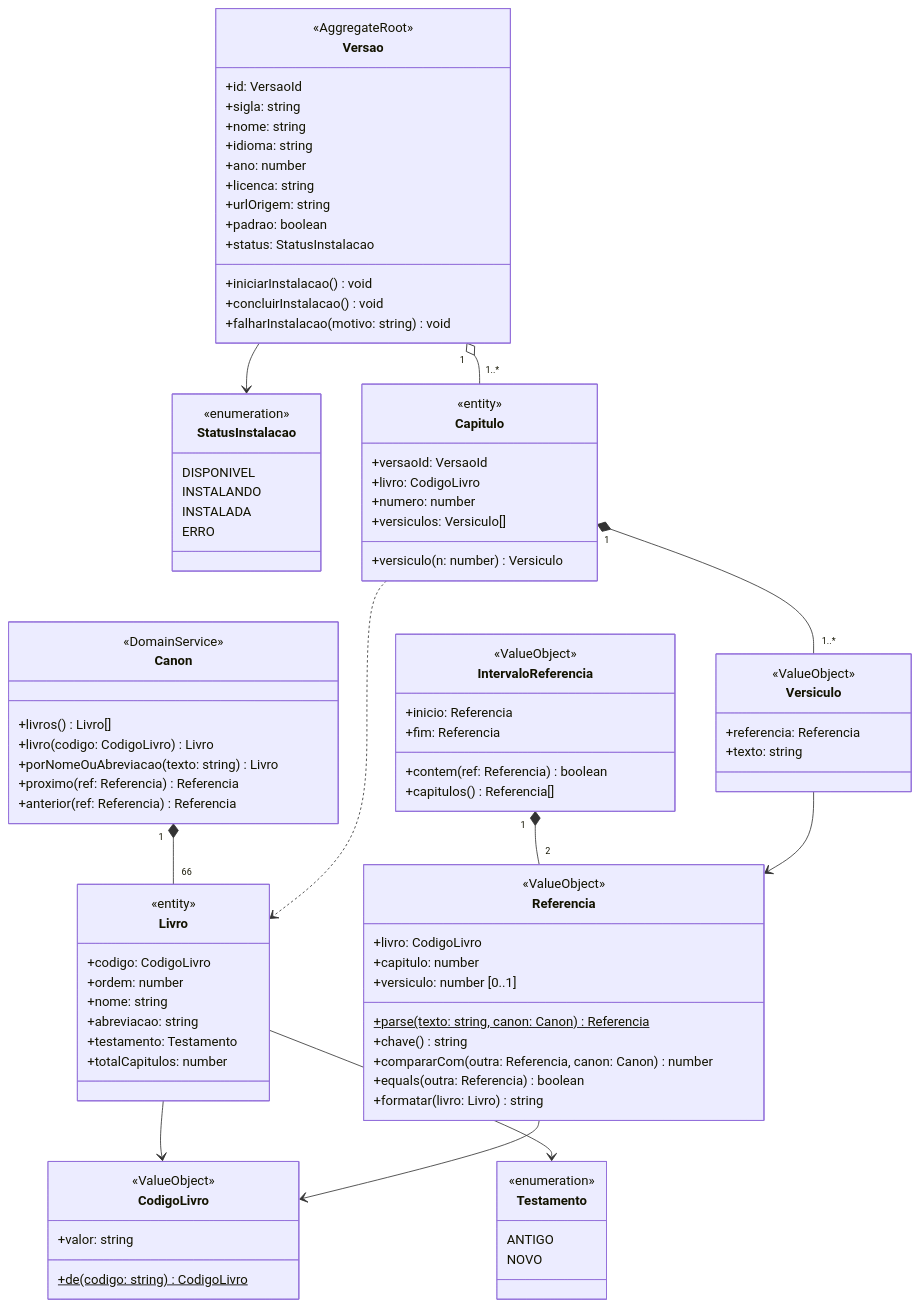
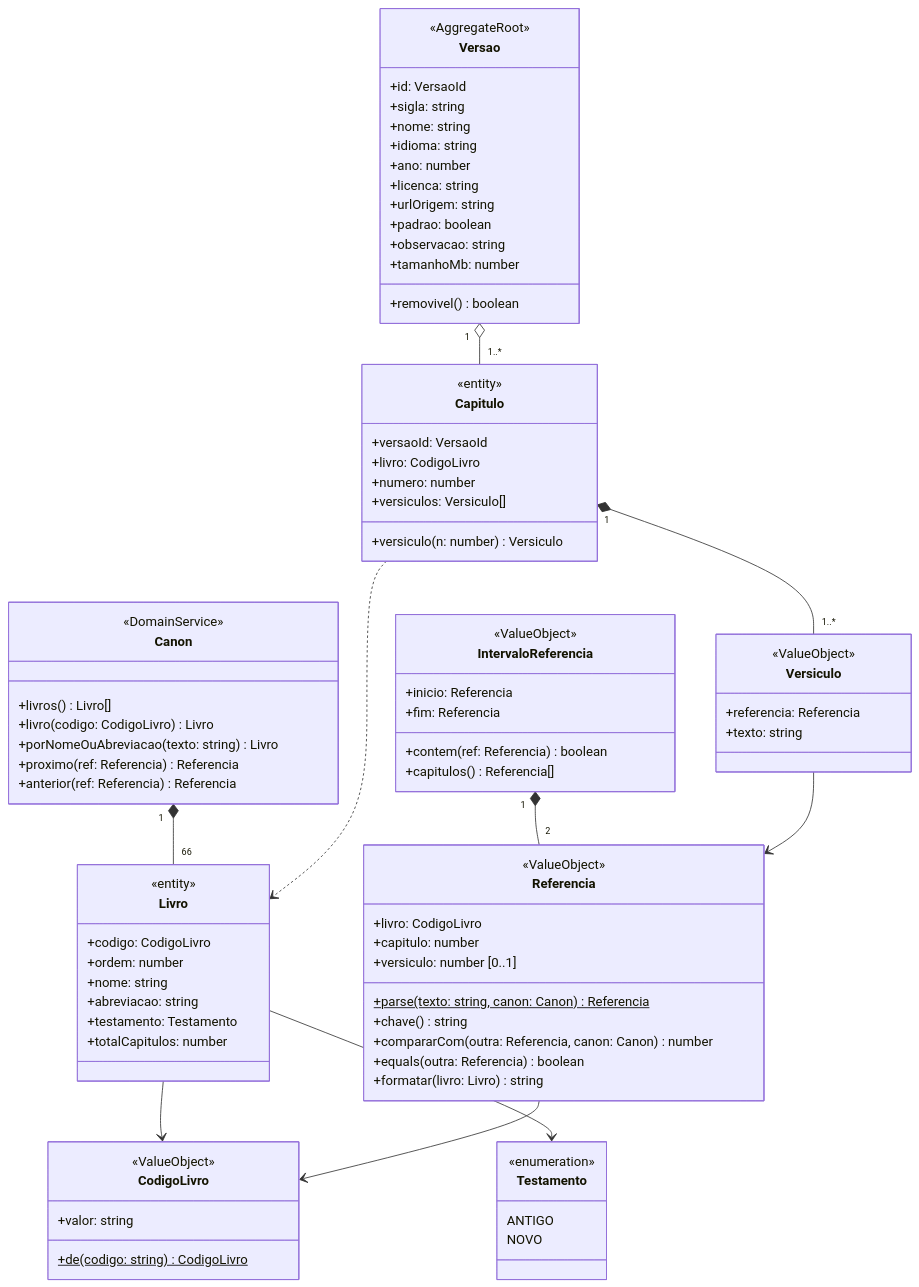
One commit to edioilha/biblia-app changed the second of 7 diagrams in docs/04-modelo-dominio.md. Above: the diagram before and after it, drawn with Mermaid. The commit also changed other lines of this file and 59 other files, not shown here.

```diff
--- a/docs/04-modelo-dominio.md
+++ b/docs/04-modelo-dominio.md
@@ -70,14 +70,6 @@
         <<enumeration>>
         ANTIGO
         NOVO
-    }
-
-    class StatusInstalacao {
-        <<enumeration>>
-        DISPONIVEL
-        INSTALANDO
-        INSTALADA
-        ERRO
     }
 
     class CodigoLivro {
@@ -135,10 +127,9 @@
         +licenca: string
         +urlOrigem: string
         +padrao: boolean
-        +status: StatusInstalacao
-        +iniciarInstalacao() void
-        +concluirInstalacao() void
-        +falharInstalacao(motivo: string) void
+        +observacao: string
+        +tamanhoMb: number
+        +removivel() boolean
     }
 
     class Capitulo {
@@ -161,7 +152,6 @@
     Canon "1" *-- "66" Livro
     Referencia --> CodigoLivro
     IntervaloReferencia "1" *-- "2" Referencia
-    Versao --> StatusInstalacao
     Versao "1" o-- "1..*" Capitulo
     Capitulo "1" *-- "1..*" Versiculo
     Capitulo ..> Livro
```
